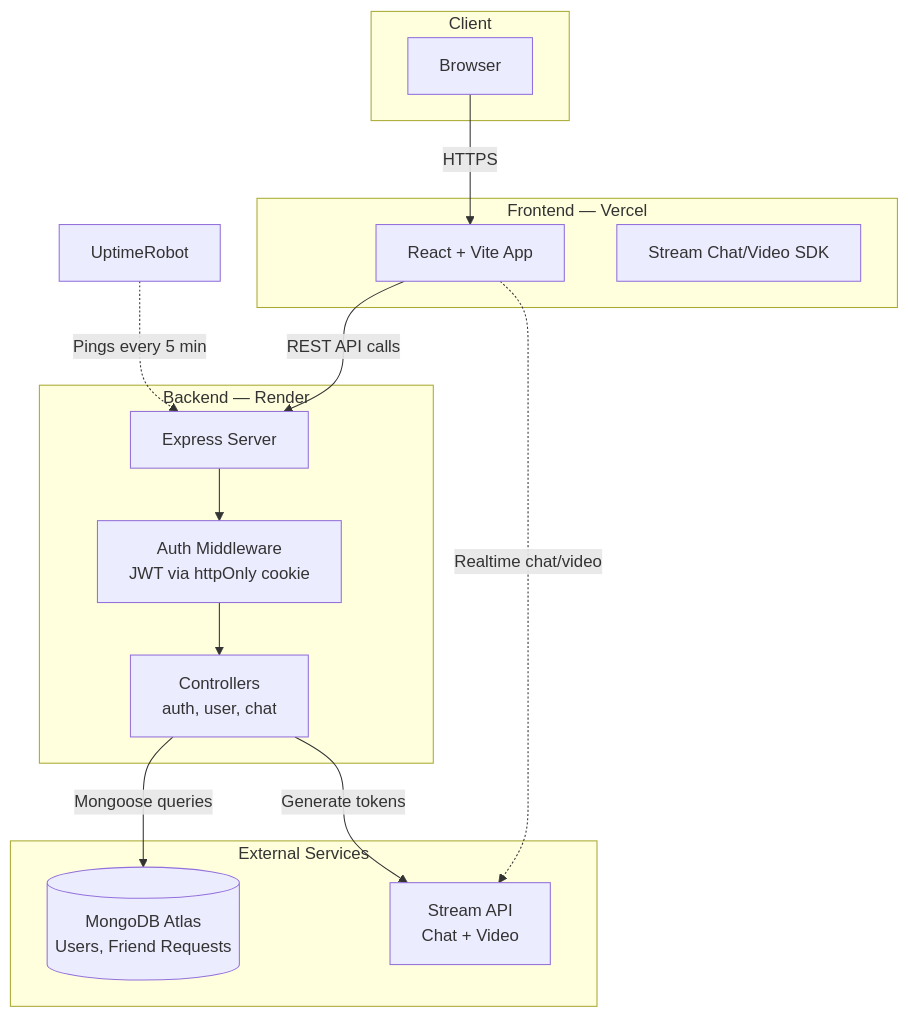
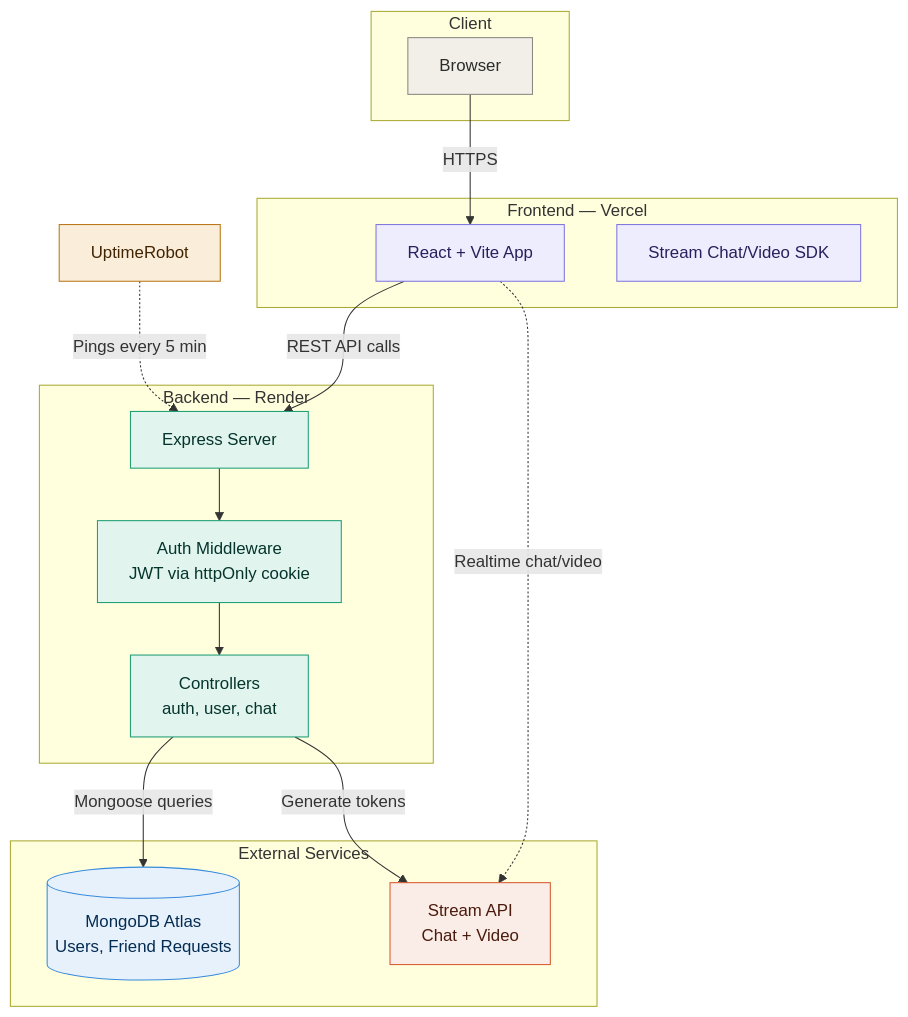
The first of 4 diagrams in ARCHITECTURE.md (aasthabajpai010/BhashaShikho), drawn with Mermaid before and after one commit. The commit also changed other lines of this file, not shown here.

Commit message:
Add colors to architecture and sequence diagrams

````diff
--- a/ARCHITECTURE.md
+++ b/ARCHITECTURE.md
@@ -11,32 +11,46 @@
 ```mermaid
 flowchart TB
     subgraph Client
         A[Browser]
     end
 
     subgraph Frontend["Frontend — Vercel"]
         B[React + Vite App]
         C[Stream Chat/Video SDK]
     end
 
     subgraph Backend["Backend — Render"]
         D[Express Server]
         E[Auth Middleware<br/>JWT via httpOnly cookie]
         F[Controllers<br/>auth, user, chat]
     end
 
     subgraph External["External Services"]
         G[(MongoDB Atlas<br/>Users, Friend Requests)]
         H[Stream API<br/>Chat + Video]
     end
 
     A -->|HTTPS| B
     B -->|REST API calls| D
     B -.->|Realtime chat/video| H
     D --> E
     E --> F
     F -->|Mongoose queries| G
     F -->|Generate tokens| H
 
     I[UptimeRobot] -.->|Pings every 5 min| D
+
+    classDef client fill:#F1EFE8,stroke:#888780,stroke-width:1px,color:#2C2C2A
+    classDef frontend fill:#EEEDFE,stroke:#7F77DD,stroke-width:1px,color:#26215C
+    classDef backend fill:#E1F5EE,stroke:#1D9E75,stroke-width:1px,color:#04342C
+    classDef database fill:#E6F1FB,stroke:#378ADD,stroke-width:1px,color:#042C53
+    classDef external fill:#FAECE7,stroke:#D85A30,stroke-width:1px,color:#4A1B0C
+    classDef monitor fill:#FAEEDA,stroke:#BA7517,stroke-width:1px,color:#412402
+
+    class A client
+    class B,C frontend
+    class D,E,F backend
+    class G database
+    class H external
+    class I monitor
 ```
````
